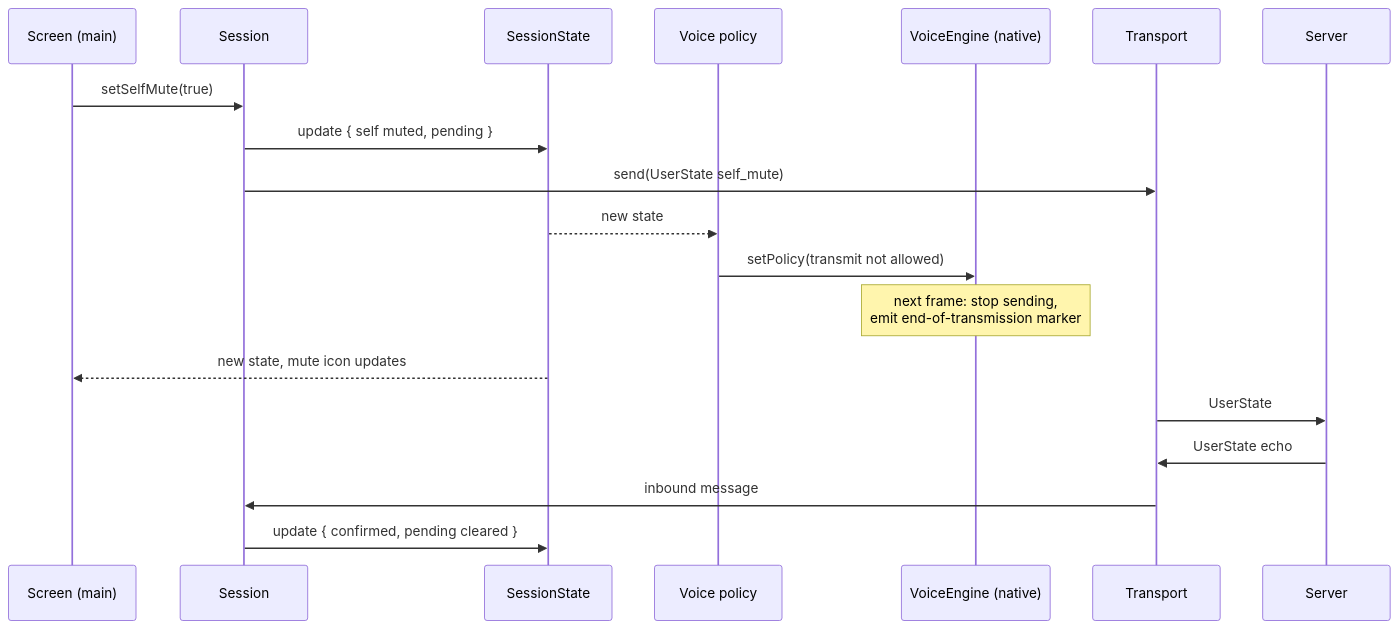
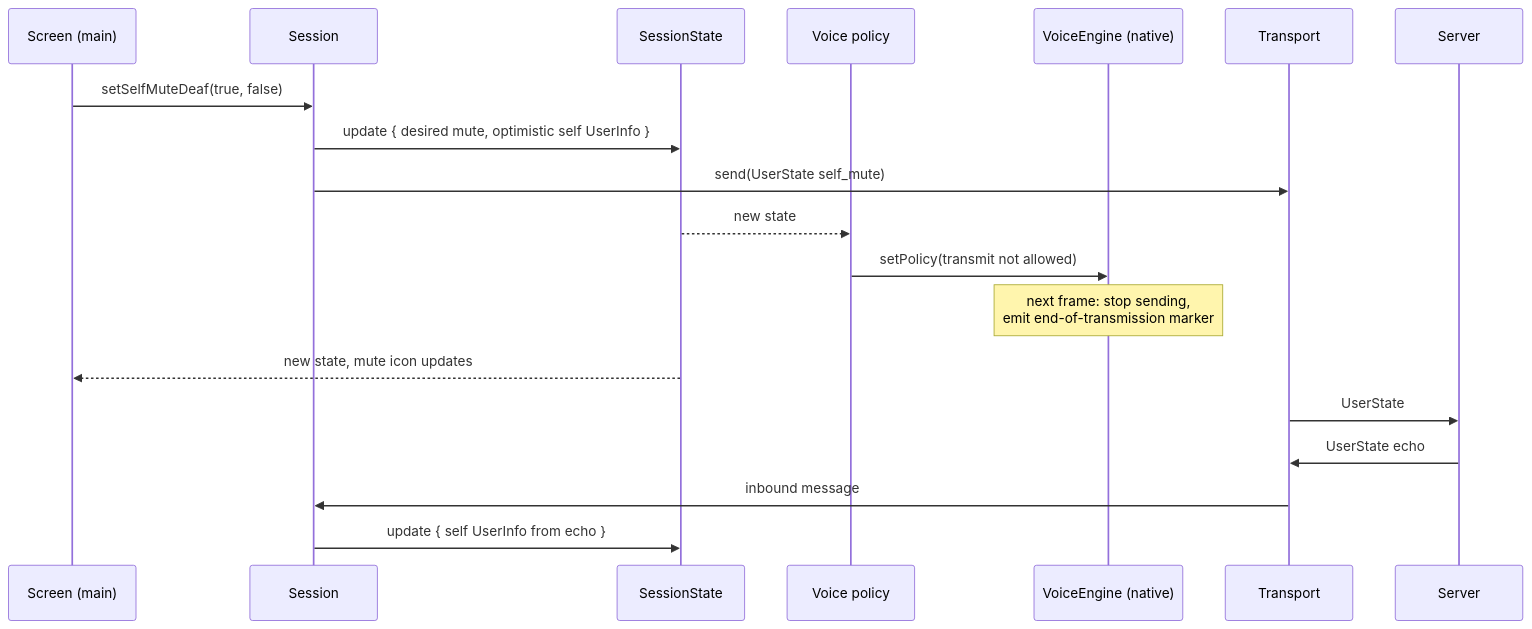
One commit to 360ied/mumla-oled changed the second of 2 diagrams in docs/tech-debt-whales/target-architecture/README.md. Above: the diagram before and after it, drawn with Mermaid. The commit also changed other lines of this file and 10 other files, not shown here.

First line of the commit message:
docs: elaborate target architecture into spec

````diff
--- a/docs/tech-debt-whales/target-architecture/README.md
+++ b/docs/tech-debt-whales/target-architecture/README.md
@@ -488,22 +177,22 @@
 ```mermaid
 sequenceDiagram
     participant UI as Screen (main)
     participant S as Session
     participant SS as SessionState
     participant P as Voice policy
     participant VE as VoiceEngine (native)
     participant TR as Transport
     participant SRV as Server
 
-    UI->>S: setSelfMute(true)
-    S->>SS: update { self muted, pending }
+    UI->>S: setSelfMuteDeaf(true, false)
+    S->>SS: update { desired mute, optimistic self UserInfo }
     S->>TR: send(UserState self_mute)
     SS-->>P: new state
     P->>VE: setPolicy(transmit not allowed)
     Note over VE: next frame: stop sending,<br/>emit end-of-transmission marker
     SS-->>UI: new state, mute icon updates
     TR->>SRV: UserState
     SRV->>TR: UserState echo
     TR->>S: inbound message
-    S->>SS: update { confirmed, pending cleared }
+    S->>SS: update { self UserInfo from echo }
 ```
````
